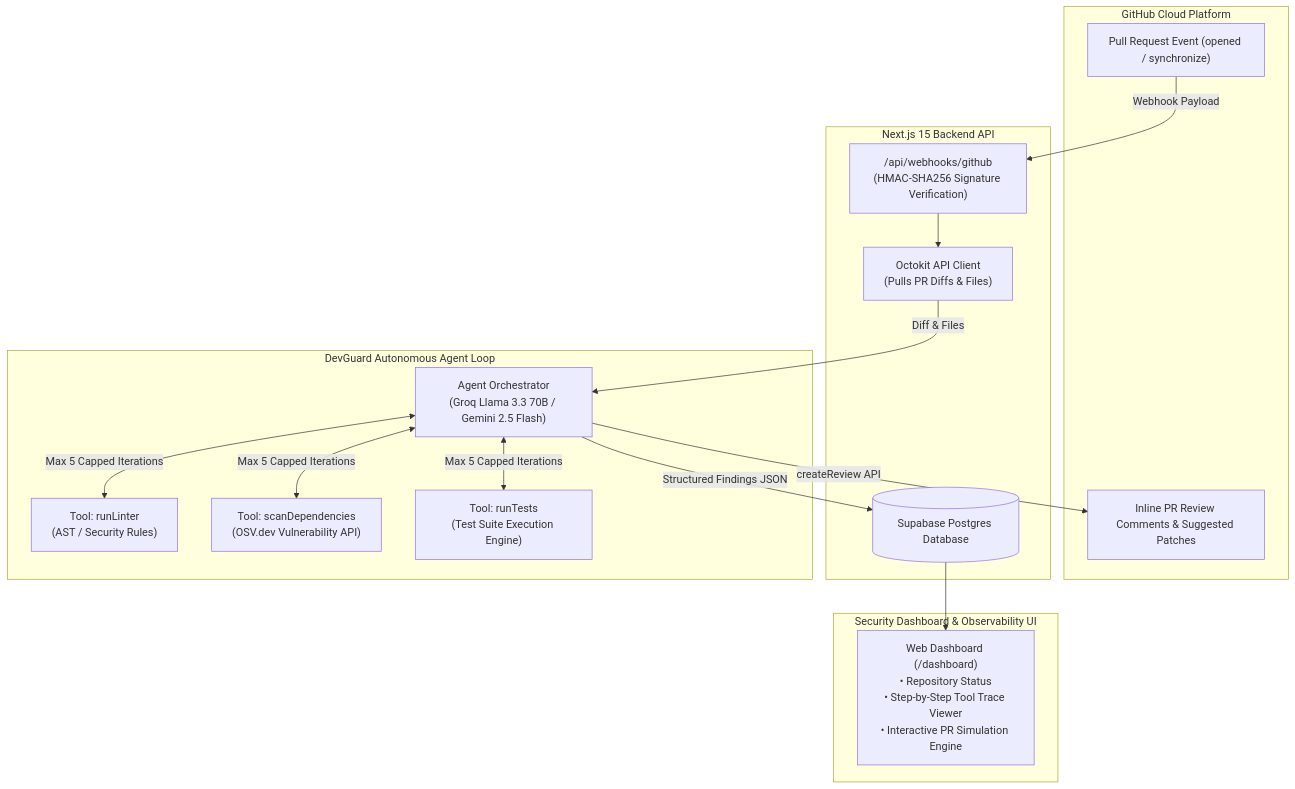
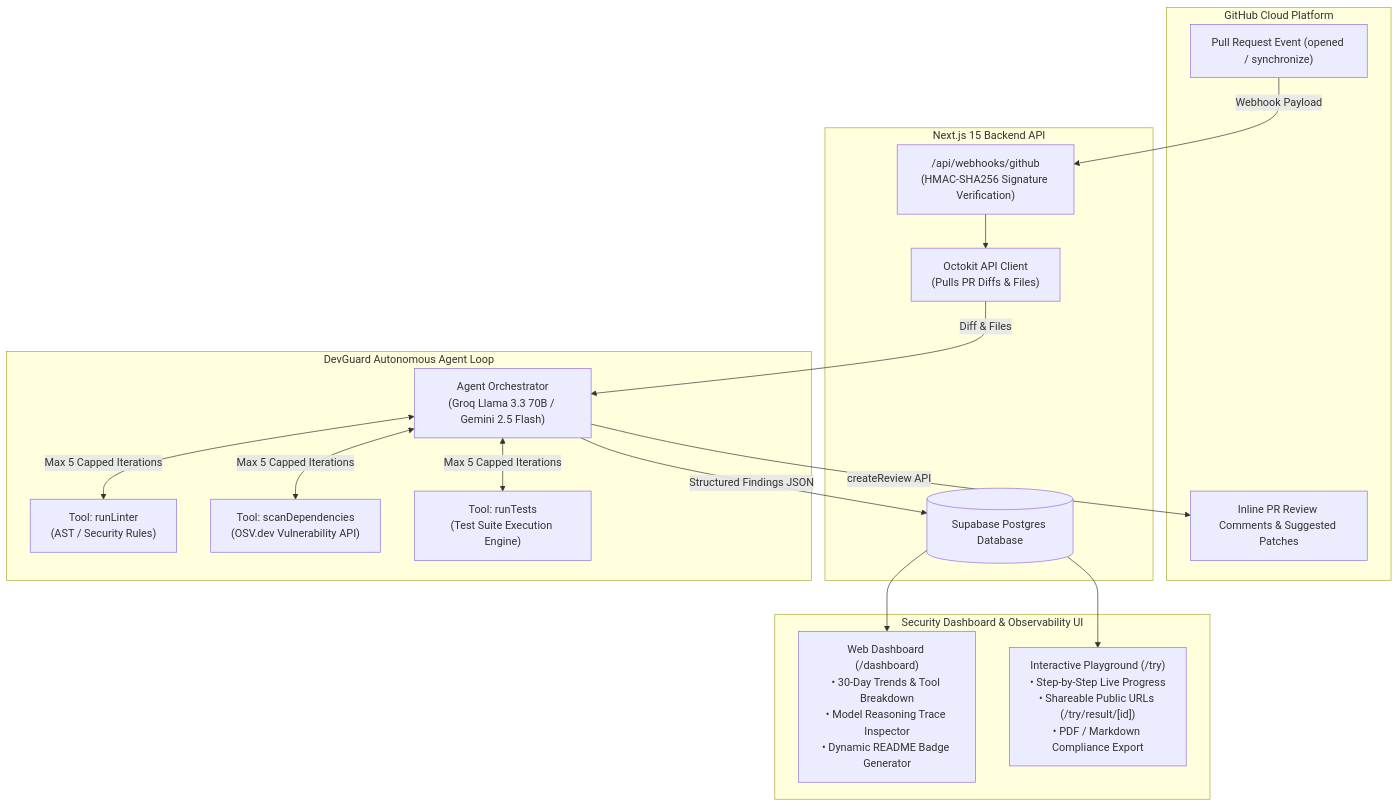
Before and after one commit to rajendrabist07/dev-guard-ai: the diagram in README.md, drawn with Mermaid. The commit also changed other lines of this file, not shown here.

Commit message:
docs: comprehensive platform update with all sprint features and architecture documentation (Sprint U5)

````diff
--- a/README.md
+++ b/README.md
@@ -44,34 +48,36 @@
 ```mermaid
 flowchart TD
     subgraph GitHub ["GitHub Cloud Platform"]
         PR["Pull Request Event (opened / synchronize)"]
         Review["Inline PR Review Comments & Suggested Patches"]
     end
 
     subgraph Backend ["Next.js 15 Backend API"]
         WH["/api/webhooks/github<br/>(HMAC-SHA256 Signature Verification)"]
         Octokit["Octokit API Client<br/>(Pulls PR Diffs & Files)"]
         DB[(Supabase Postgres Database)]
     end
 
     subgraph Agent ["DevGuard Autonomous Agent Loop"]
         Orchestrator["Agent Orchestrator<br/>(Groq Llama 3.3 70B / Gemini 2.5 Flash)"]
         ToolLinter["Tool: runLinter<br/>(AST / Security Rules)"]
         ToolDeps["Tool: scanDependencies<br/>(OSV.dev Vulnerability API)"]
         ToolTests["Tool: runTests<br/>(Test Suite Execution Engine)"]
     end
 
-    subgraph Frontend ["Security Dashboard & Observability UI"]
-        UI["Web Dashboard (/dashboard)<br/>• Repository Status<br/>• Step-by-Step Tool Trace Viewer<br/>• Interactive PR Simulation Engine"]
+    subgraph Observability ["Security Dashboard & Observability UI"]
+        UI["Web Dashboard (/dashboard)<br/>• 30-Day Trends & Tool Breakdown<br/>• Model Reasoning Trace Inspector<br/>• Dynamic README Badge Generator"]
+        Playground["Interactive Playground (/try)<br/>• Step-by-Step Live Progress<br/>• Shareable Public URLs (/try/result/[id])<br/>• PDF / Markdown Compliance Export"]
     end
 
     PR -->|Webhook Payload| WH
     WH --> Octokit
     Octokit -->|Diff & Files| Orchestrator
     Orchestrator <-->|Max 5 Capped Iterations| ToolLinter
     Orchestrator <-->|Max 5 Capped Iterations| ToolDeps
     Orchestrator <-->|Max 5 Capped Iterations| ToolTests
     Orchestrator -->|Structured Findings JSON| DB
     Orchestrator -->|createReview API| Review
     DB --> UI
+    DB --> Playground
 ```
````
